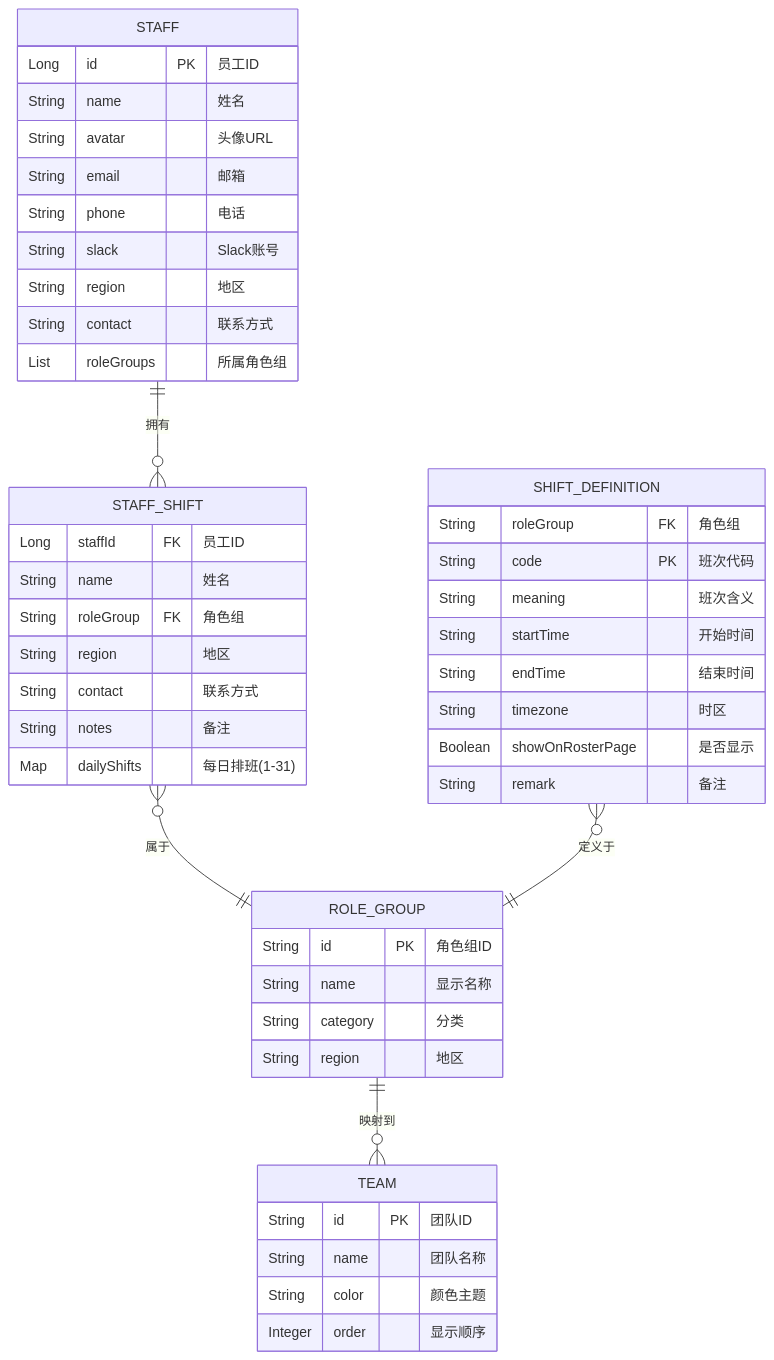
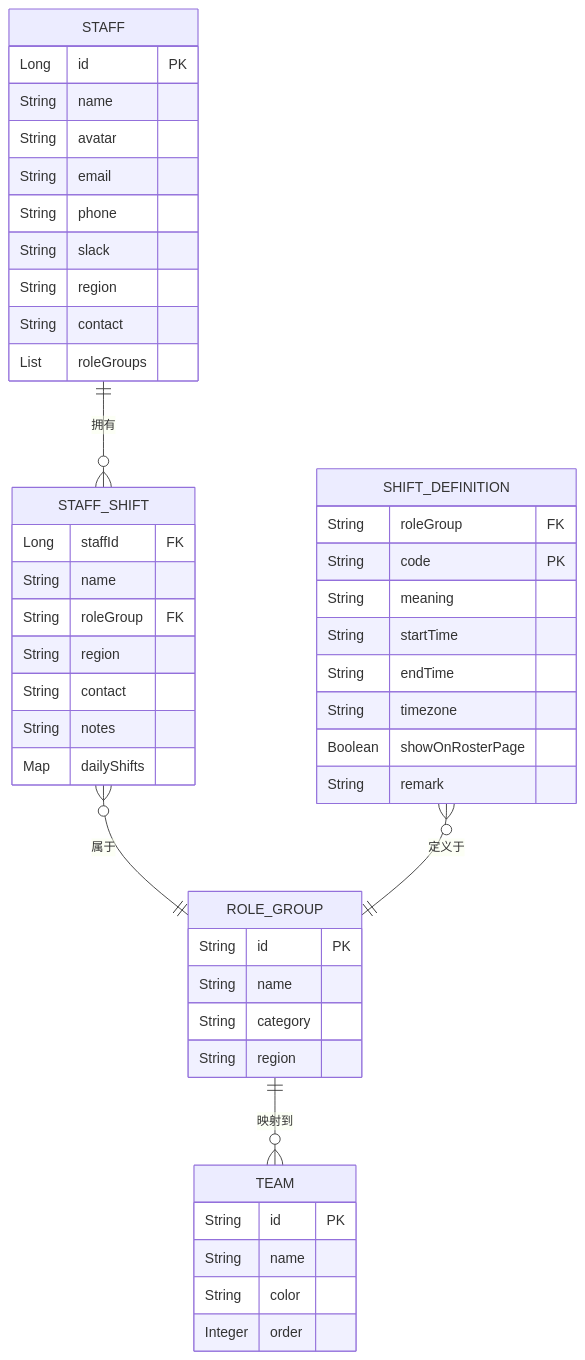
Before and after one commit to yachi666/support-roster-server: the first of 3 diagrams in .specs/domain-logic.md, drawn with Mermaid. The commit also changed other lines of this file and 34 other files, not shown here.

````diff
--- a/.specs/domain-logic.md
+++ b/.specs/domain-logic.md
@@ -7,54 +9,54 @@
 ```mermaid
 erDiagram
     STAFF ||--o{ STAFF_SHIFT : "拥有"
     STAFF_SHIFT }o--|| ROLE_GROUP : "属于"
     SHIFT_DEFINITION }o--|| ROLE_GROUP : "定义于"
     ROLE_GROUP ||--o{ TEAM : "映射到"
-    
+
     STAFF {
-        Long id PK "员工ID"
-        String name "姓名"
-        String avatar "头像URL"
-        String email "邮箱"
-        String phone "电话"
-        String slack "Slack账号"
-        String region "地区"
-        String contact "联系方式"
-        List roleGroups "所属角色组"
+        Long id PK
+        String name
+        String avatar
+        String email
+        String phone
+        String slack
+        String region
+        String contact
+        List roleGroups
     }
-    
+
     STAFF_SHIFT {
-        Long staffId FK "员工ID"
-        String name "姓名"
-        String roleGroup FK "角色组"
-        String region "地区"
-        String contact "联系方式"
-        String notes "备注"
-        Map dailyShifts "每日排班(1-31)"
+        Long staffId FK
+        String name
+        String roleGroup FK
+        String region
+        String contact
+        String notes
+        Map dailyShifts
     }
-    
+
     SHIFT_DEFINITION {
-        String roleGroup FK "角色组"
-        String code PK "班次代码"
-        String meaning "班次含义"
-        String startTime "开始时间"
-        String endTime "结束时间"
-        String timezone "时区"
-        Boolean showOnRosterPage "是否显示"
-        String remark "备注"
+        String roleGroup FK
+        String code PK
+        String meaning
+        String startTime
+        String endTime
+        String timezone
+        Boolean showOnRosterPage
+        String remark
     }
-    
+
     ROLE_GROUP {
-        String id PK "角色组ID"
-        String name "显示名称"
-        String category "分类"
-        String region "地区"
+        String id PK
+        String name
+        String category
+        String region
     }
-    
+
     TEAM {
-        String id PK "团队ID"
-        String name "团队名称"
-        String color "颜色主题"
-        Integer order "显示顺序"
+        String id PK
+        String name
+        String color
+        Integer order
     }
 ```
````
